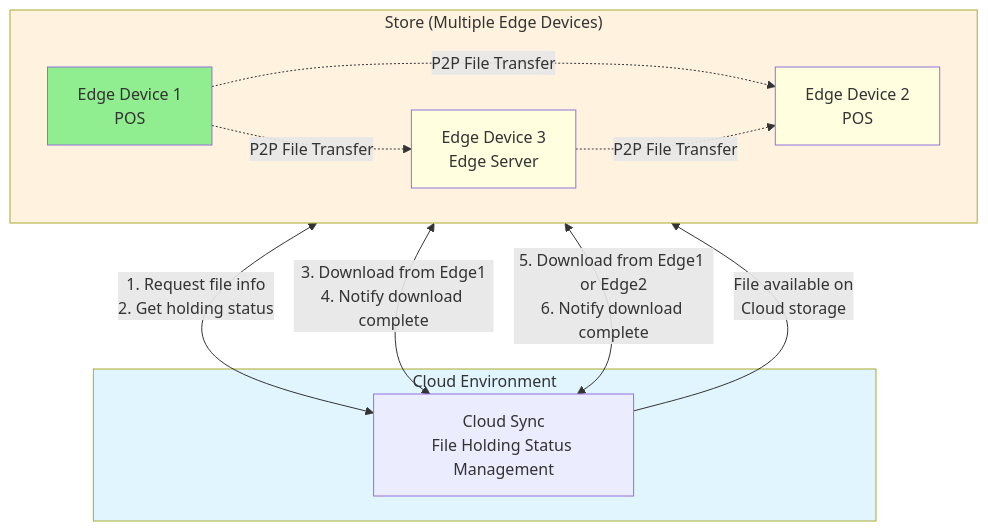
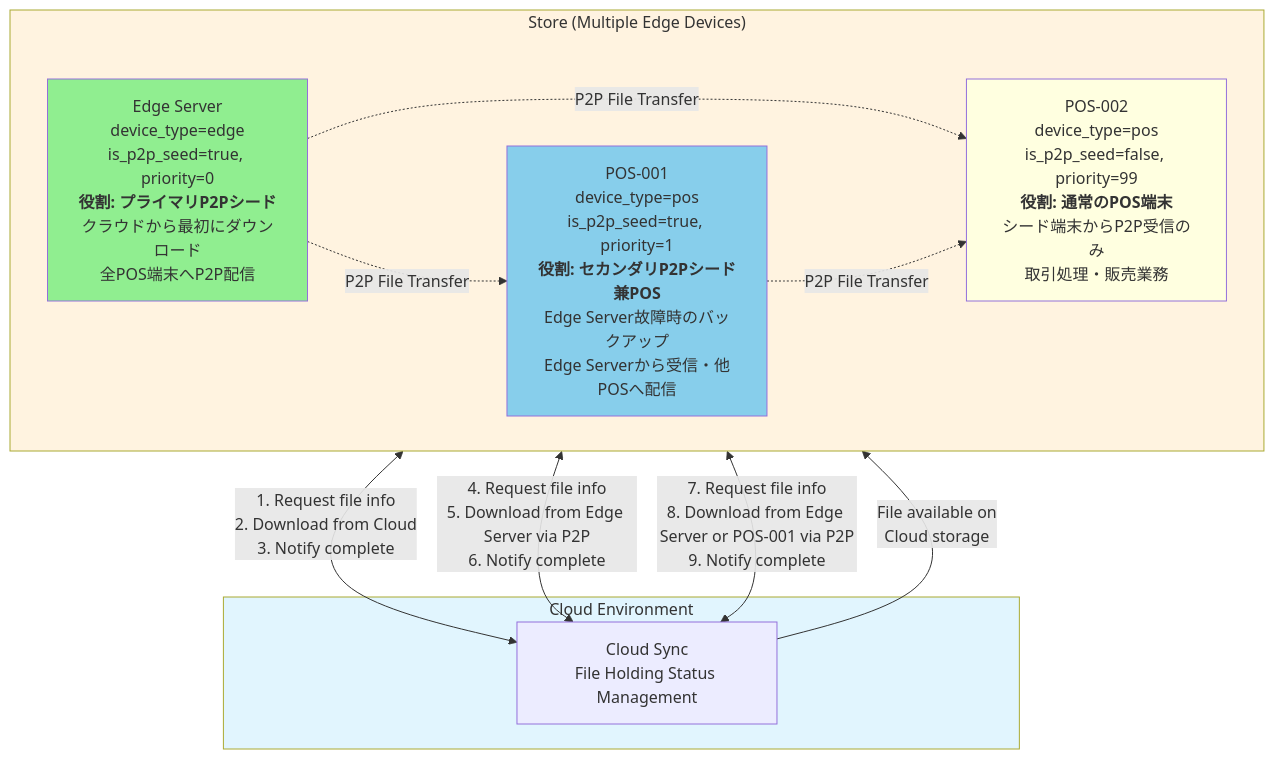
Before and after one commit to gaocuiping/kugelpos-stpos-docs-new: diagram 14 of 26 in notes/1-sync/03_アーキテクチャー解説書.md, drawn with Mermaid. The commit also changed other lines of this file and 2 other files, not shown here.

````diff
--- a/notes/1-sync/03_アーキテクチャー解説書.md
+++ b/notes/1-sync/03_アーキテクチャー解説書.md
@@ -563,29 +563,29 @@
 ```mermaid
 flowchart TB
     subgraph Cloud["Cloud Environment"]
         CS_P2P[Cloud Sync<br/>File Holding Status Management]
     end
 
     subgraph Store["Store (Multiple Edge Devices)"]
         direction LR
-        Edge1[Edge Device 1<br/>POS]
-        Edge2[Edge Device 2<br/>POS]
-        Edge3[Edge Device 3<br/>Edge Server]
+        Edge1[Edge Server<br/>device_type=edge<br/>is_p2p_seed=true, priority=0<br/><b>役割: プライマリP2Pシード</b><br/>クラウドから最初にダウンロード<br/>全POS端末へP2P配信]
+        Edge2[POS-001<br/>device_type=pos<br/>is_p2p_seed=true, priority=1<br/><b>役割: セカンダリP2Pシード兼POS</b><br/>Edge Server故障時のバックアップ<br/>Edge Serverから受信・他POSへ配信]
+        Edge3[POS-002<br/>device_type=pos<br/>is_p2p_seed=false, priority=99<br/><b>役割: 通常のPOS端末</b><br/>シード端末からP2P受信のみ<br/>取引処理・販売業務]
 
         Edge1 -.->|P2P File Transfer| Edge2
         Edge1 -.->|P2P File Transfer| Edge3
-        Edge3 -.->|P2P File Transfer| Edge2
+        Edge2 -.->|P2P File Transfer| Edge3
     end
 
-    Edge1 <-->|1. Request file info<br/>2. Get holding status| CS_P2P
-    Edge2 <-->|3. Download from Edge1<br/>4. Notify download complete| CS_P2P
-    Edge3 <-->|5. Download from Edge1 or Edge2<br/>6. Notify download complete| CS_P2P
+    Edge1 <-->|1. Request file info<br/>2. Download from Cloud<br/>3. Notify complete| CS_P2P
+    Edge2 <-->|4. Request file info<br/>5. Download from Edge Server via P2P<br/>6. Notify complete| CS_P2P
+    Edge3 <-->|7. Request file info<br/>8. Download from Edge Server or POS-001 via P2P<br/>9. Notify complete| CS_P2P
 
     CS_P2P -->|File available on<br/>Cloud storage| Edge1
 
     style Cloud fill:#e1f5fe
     style Store fill:#fff3e0
     style Edge1 fill:#90ee90
-    style Edge2 fill:#ffffe0
+    style Edge2 fill:#87ceeb
     style Edge3 fill:#ffffe0
 ```
````
